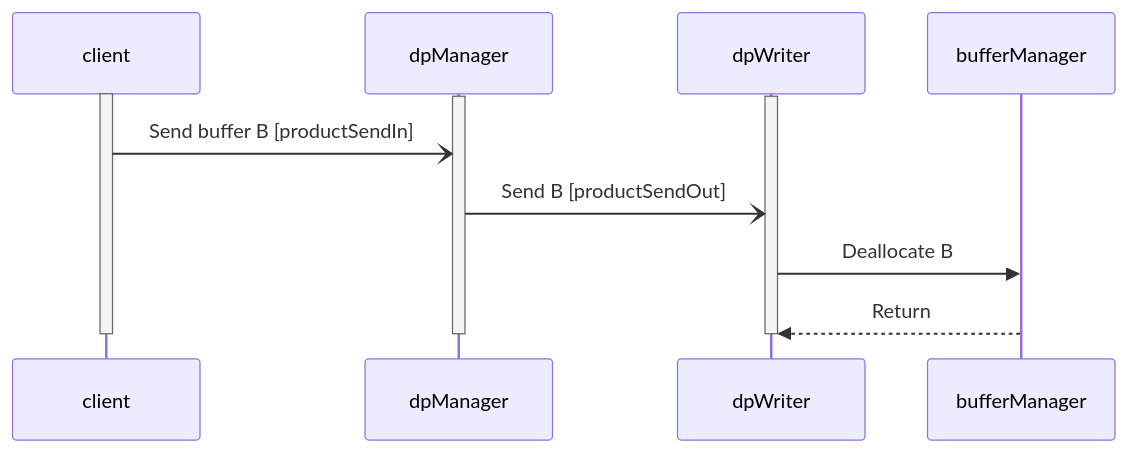
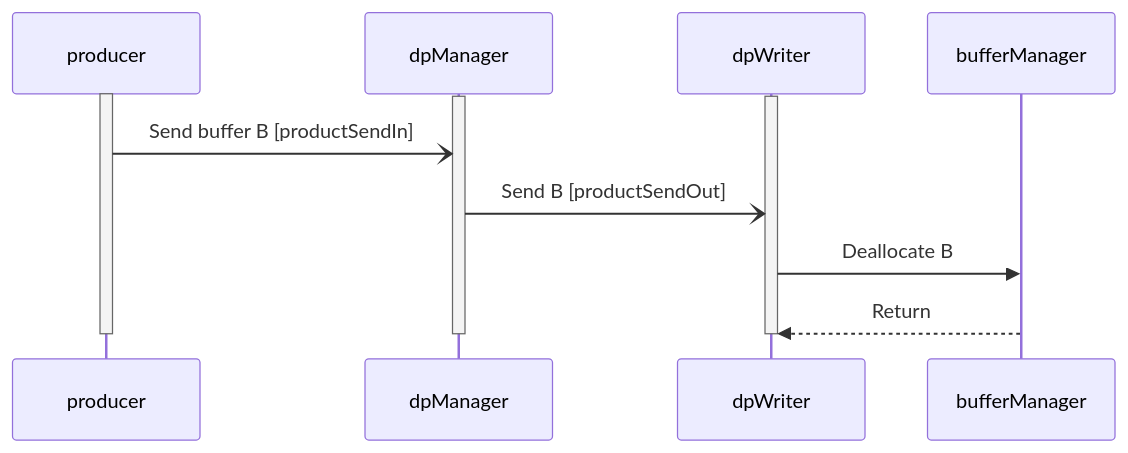
The third of 3 diagrams in Svc/DpManager/docs/sdd.md (bocchino/fprime), drawn with Mermaid before and after one commit. The commit also changed other lines of this file and 7 other files, not shown here.

Commit message:
Revise DpManager diagrams

````diff
--- a/Svc/DpManager/docs/sdd.md
+++ b/Svc/DpManager/docs/sdd.md
@@ -241,13 +241,13 @@
 ```mermaid
 sequenceDiagram
-    activate client
+    activate producer
     activate dpManager
     activate dpWriter
-    client-)dpManager: Send buffer B [productSendIn]
+    producer-)dpManager: Send buffer B [productSendIn]
     dpManager-)dpWriter: Send B [productSendOut]
     dpWriter->>bufferManager: Deallocate B
     bufferManager-->>dpWriter: Return
     deactivate dpWriter
     deactivate dpManager
-    deactivate client
+    deactivate producer
 ```
````
